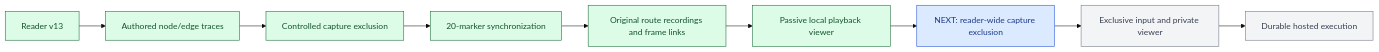
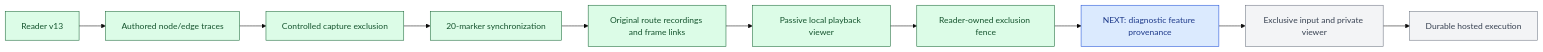
One commit to jvelezc/ai-screen-reader changed the diagram in docs/development-status.md. Above: the diagram before and after it, drawn with Mermaid (base theme). The commit also changed other lines of this file and 11 other files, not shown here.

Commit message:
Fence complete reader operations and retained evidence during capture exclusion

````diff
--- a/docs/development-status.md
+++ b/docs/development-status.md
@@ -27,18 +27,19 @@
 ```mermaid
 flowchart LR
     Reader[Reader v13] --> Trace[Authored node/edge traces]
     Trace --> Privacy[Controlled capture exclusion]
     Privacy --> Timing[20-marker synchronization]
     Timing --> Recording[Original route recordings and frame links]
     Recording --> Viewer[Passive local playback viewer]
-    Viewer --> Next[NEXT: reader-wide capture exclusion]
+    Viewer --> ReaderGate[Reader-owned exclusion fence]
+    ReaderGate --> Next[NEXT: diagnostic feature provenance]
     Next --> Control[Exclusive input and private viewer]
     Control --> Durable[Durable hosted execution]
     classDef done fill:#dcfce7,stroke:#166534,color:#14532d
     classDef next fill:#dbeafe,stroke:#1d4ed8,color:#1e3a8a
     classDef planned fill:#f3f4f6,stroke:#6b7280,color:#374151
-    class Reader,Trace,Privacy,Timing,Recording,Viewer done
+    class Reader,Trace,Privacy,Timing,Recording,Viewer,ReaderGate done
     class Next next
     class Control,Durable planned
-    click Next "decisions/0023-passive-evidence-viewer.md#next-reader-wide-capture-exclusion"
+    click Next "decisions/0024-reader-capture-exclusion.md#next-diagnostic-feature-provenance"
 ```
````
